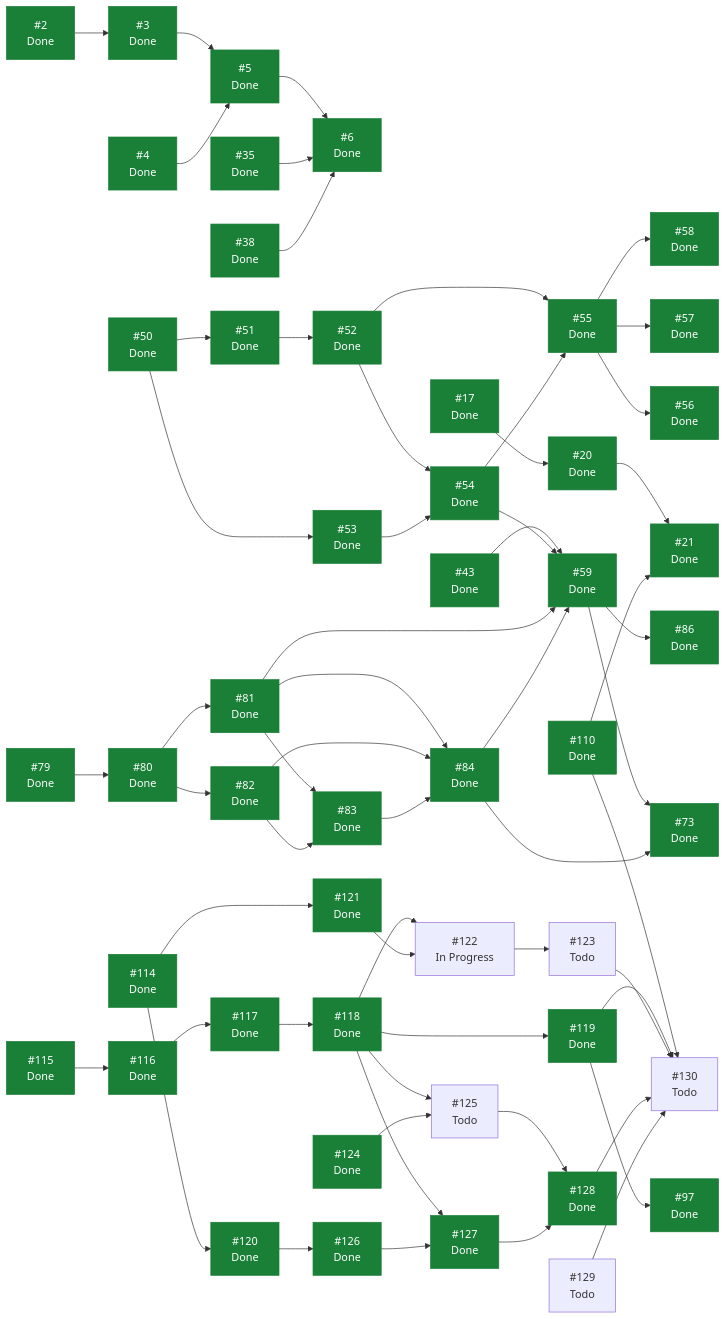
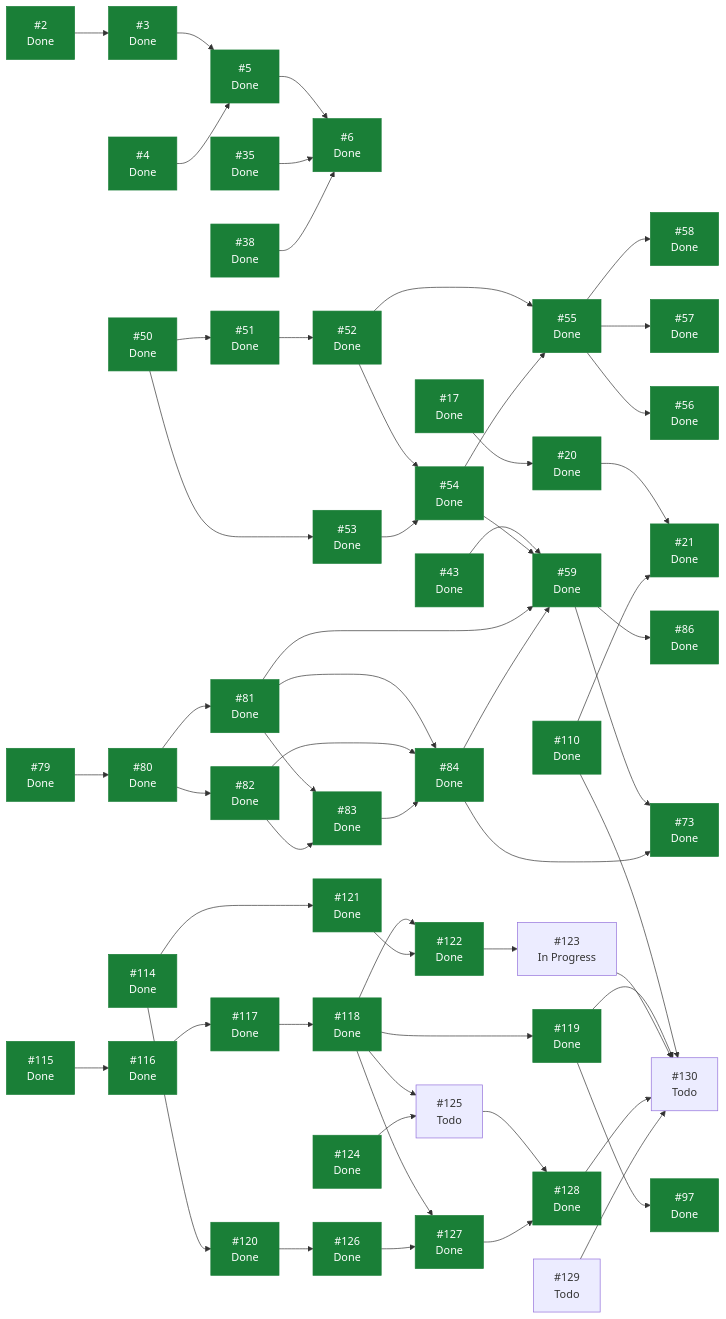
One commit to ecamp0s/evault changed the diagram in docs/planning/STATUS.md. Above: the diagram before and after it, drawn with Mermaid. The commit also changed other lines of this file, not shown here.

````diff
--- a/docs/planning/STATUS.md
+++ b/docs/planning/STATUS.md
@@ -173,8 +173,8 @@
   I119["#119<br/>Done"]
   I120["#120<br/>Done"]
   I121["#121<br/>Done"]
-  I122["#122<br/>In Progress"]
-  I123["#123<br/>Todo"]
+  I122["#122<br/>Done"]
+  I123["#123<br/>In Progress"]
   I124["#124<br/>Done"]
   I125["#125<br/>Todo"]
   I126["#126<br/>Done"]
@@ -239,5 +239,5 @@
   I128 --> I130
   I129 --> I130
   classDef hecho fill:#1a7f37,stroke:#1a7f37,color:#fff;
-  class I2,I3,I4,I5,I6,I17,I20,I21,I35,I38,I43,I50,I51,I52,I53,I54,I55,I56,I57,I58,I59,I73,I79,I80,I81,I82,I83,I84,I86,I97,I110,I114,I115,I116,I117,I118,I119,I120,I121,I124,I126,I127,I128 hecho;
+  class I2,I3,I4,I5,I6,I17,I20,I21,I35,I38,I43,I50,I51,I52,I53,I54,I55,I56,I57,I58,I59,I73,I79,I80,I81,I82,I83,I84,I86,I97,I110,I114,I115,I116,I117,I118,I119,I120,I121,I122,I124,I126,I127,I128 hecho;
 ```
````
